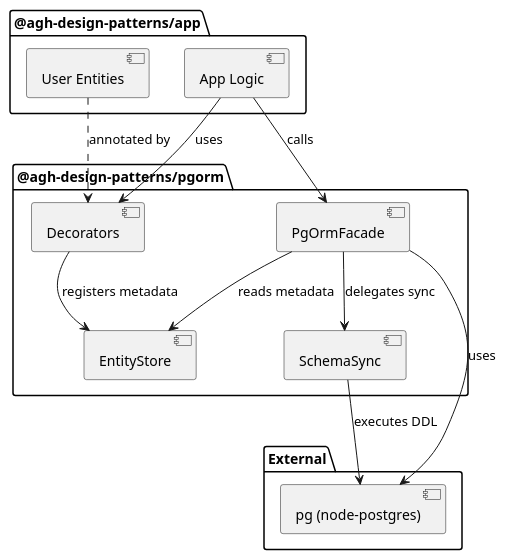
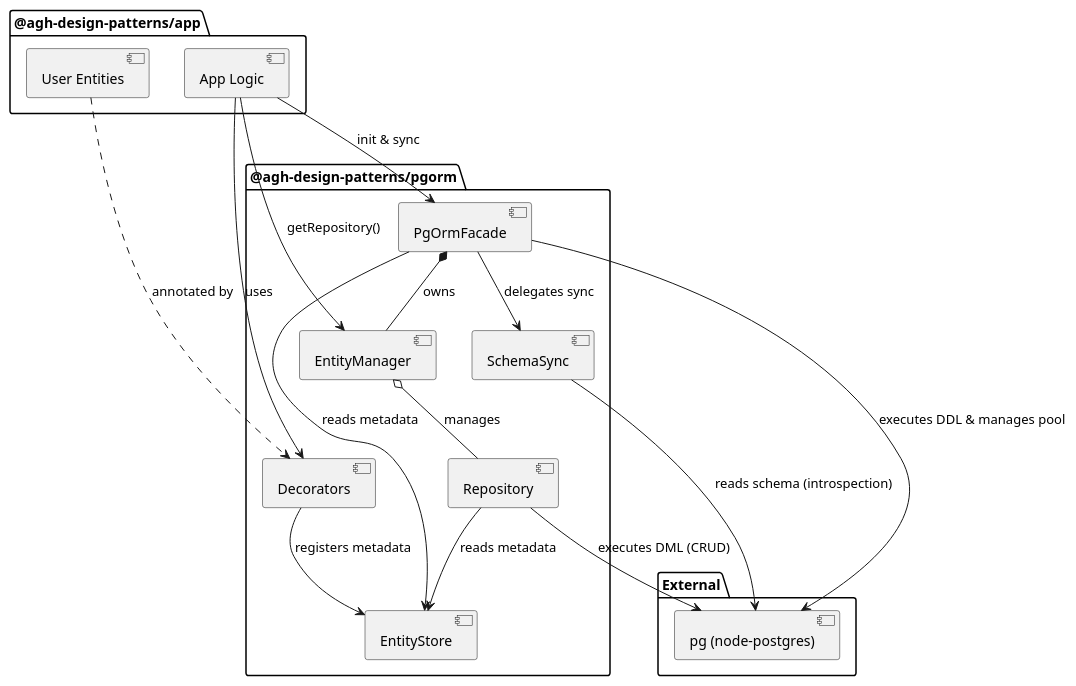
Before and after one commit to mKepka16/agh-design-patterns: the diagram in docs/diagrams/logical-architecture.puml, drawn with PlantUML. The commit also changed 7 other files, not shown here.

Commit message:
diagrams updated to include EntityManager and Repository

```diff
--- a/docs/diagrams/logical-architecture.puml
+++ b/docs/diagrams/logical-architecture.puml
@@ -1,26 +1,33 @@
 @startuml
 package "@agh-design-patterns/app" {
     [User Entities]
     [App Logic]
 }
 
 package "@agh-design-patterns/pgorm" {
     [PgOrmFacade]
     [Decorators]
     [EntityStore]
     [SchemaSync]
+    [EntityManager]
+    [Repository]
 }
 
 package "External" {
     [pg (node-postgres)]
 }
 
-[App Logic] --> [PgOrmFacade] : calls
+[App Logic] --> [PgOrmFacade] : init & sync
+[App Logic] --> [EntityManager] : getRepository()
 [App Logic] --> [Decorators] : uses
 [User Entities] ..> [Decorators] : annotated by
 [Decorators] --> [EntityStore] : registers metadata
 [PgOrmFacade] --> [EntityStore] : reads metadata
 [PgOrmFacade] --> [SchemaSync] : delegates sync
-[PgOrmFacade] --> [pg (node-postgres)] : uses
-[SchemaSync] --> [pg (node-postgres)] : executes DDL
+[PgOrmFacade] *-- [EntityManager] : owns
+[EntityManager] o-- [Repository] : manages
+[Repository] --> [EntityStore] : reads metadata
+[Repository] --> [pg (node-postgres)] : executes DML (CRUD)
+[SchemaSync] --> [pg (node-postgres)] : reads schema (introspection)
+[PgOrmFacade] --> [pg (node-postgres)] : executes DDL & manages pool
 @enduml
```
